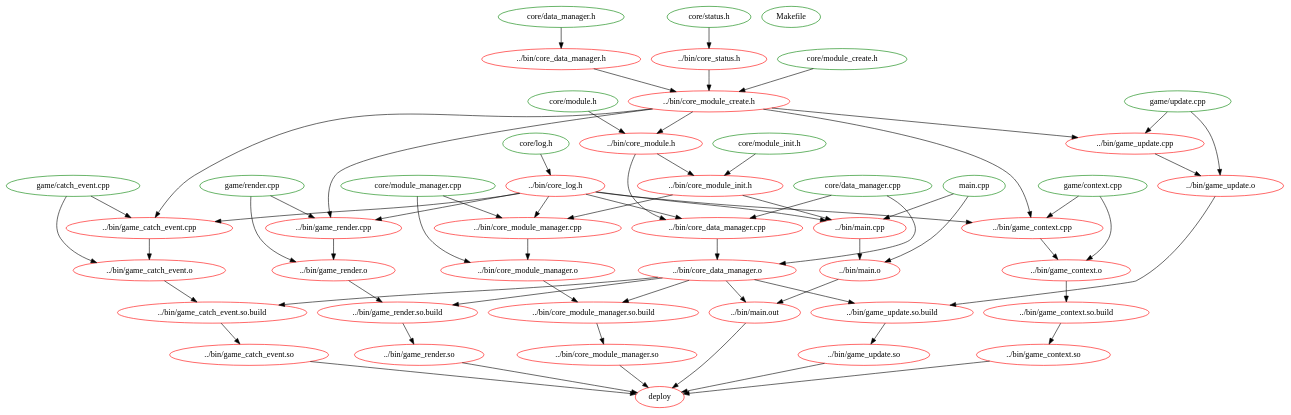
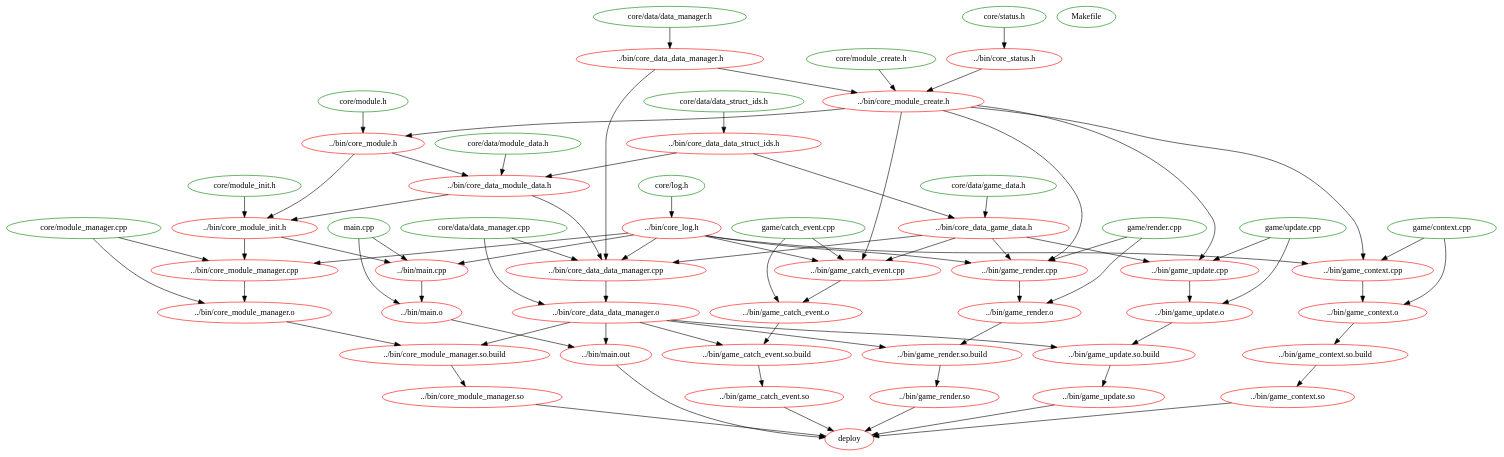
One commit to mtiudaeu/home changed the diagram in fun/05_shared_lib_02/output.dot. Above: the diagram before and after it, drawn with Graphviz. The commit also changed 15 other files, not shown here.

```diff
--- a/fun/05_shared_lib_02/output.dot
+++ b/fun/05_shared_lib_02/output.dot
@@ -1,114 +1,132 @@
 digraph G {
-n22[label="../bin/core_data_manager.cpp", color="red"];
-n18[label="../bin/core_data_manager.h", color="red"];
-n20[label="../bin/core_data_manager.o", color="red"];
+n26[label="../bin/core_data_data_manager.cpp", color="red"];
+n22[label="../bin/core_data_data_manager.h", color="red"];
+n24[label="../bin/core_data_data_manager.o", color="red"];
+n14[label="../bin/core_data_data_struct_ids.h", color="red"];
+n27[label="../bin/core_data_game_data.h", color="red"];
+n12[label="../bin/core_data_module_data.h", color="red"];
 n8[label="../bin/core_log.h", color="red"];
-n12[label="../bin/core_module.h", color="red"];
-n14[label="../bin/core_module_create.h", color="red"];
+n16[label="../bin/core_module.h", color="red"];
+n18[label="../bin/core_module_create.h", color="red"];
 n10[label="../bin/core_module_init.h", color="red"];
-n27[label="../bin/core_module_manager.cpp", color="red"];
-n25[label="../bin/core_module_manager.o", color="red"];
-n23[label="../bin/core_module_manager.so", color="red"];
-n24[label="../bin/core_module_manager.so.build", color="red"];
-n16[label="../bin/core_status.h", color="red"];
-n42[label="../bin/game_catch_event.cpp", color="red"];
-n40[label="../bin/game_catch_event.o", color="red"];
-n38[label="../bin/game_catch_event.so", color="red"];
-n39[label="../bin/game_catch_event.so.build", color="red"];
-n32[label="../bin/game_context.cpp", color="red"];
-n30[label="../bin/game_context.o", color="red"];
-n28[label="../bin/game_context.so", color="red"];
-n29[label="../bin/game_context.so.build", color="red"];
-n37[label="../bin/game_render.cpp", color="red"];
-n35[label="../bin/game_render.o", color="red"];
-n33[label="../bin/game_render.so", color="red"];
-n34[label="../bin/game_render.so.build", color="red"];
-n47[label="../bin/game_update.cpp", color="red"];
-n45[label="../bin/game_update.o", color="red"];
-n43[label="../bin/game_update.so", color="red"];
-n44[label="../bin/game_update.so.build", color="red"];
+n33[label="../bin/core_module_manager.cpp", color="red"];
+n31[label="../bin/core_module_manager.o", color="red"];
+n29[label="../bin/core_module_manager.so", color="red"];
+n30[label="../bin/core_module_manager.so.build", color="red"];
+n20[label="../bin/core_status.h", color="red"];
+n48[label="../bin/game_catch_event.cpp", color="red"];
+n46[label="../bin/game_catch_event.o", color="red"];
+n44[label="../bin/game_catch_event.so", color="red"];
+n45[label="../bin/game_catch_event.so.build", color="red"];
+n38[label="../bin/game_context.cpp", color="red"];
+n36[label="../bin/game_context.o", color="red"];
+n34[label="../bin/game_context.so", color="red"];
+n35[label="../bin/game_context.so.build", color="red"];
+n43[label="../bin/game_render.cpp", color="red"];
+n41[label="../bin/game_render.o", color="red"];
+n39[label="../bin/game_render.so", color="red"];
+n40[label="../bin/game_render.so.build", color="red"];
+n53[label="../bin/game_update.cpp", color="red"];
+n51[label="../bin/game_update.o", color="red"];
+n49[label="../bin/game_update.so", color="red"];
+n50[label="../bin/game_update.so.build", color="red"];
 n7[label="../bin/main.cpp", color="red"];
 n5[label="../bin/main.o", color="red"];
 n4[label="../bin/main.out", color="red"];
 n2[label="Makefile", color="green"];
-n21[label="core/data_manager.cpp", color="green"];
-n19[label="core/data_manager.h", color="green"];
+n25[label="core/data/data_manager.cpp", color="green"];
+n23[label="core/data/data_manager.h", color="green"];
+n15[label="core/data/data_struct_ids.h", color="green"];
+n28[label="core/data/game_data.h", color="green"];
+n13[label="core/data/module_data.h", color="green"];
 n9[label="core/log.h", color="green"];
-n13[label="core/module.h", color="green"];
-n15[label="core/module_create.h", color="green"];
+n17[label="core/module.h", color="green"];
+n19[label="core/module_create.h", color="green"];
 n11[label="core/module_init.h", color="green"];
-n26[label="core/module_manager.cpp", color="green"];
-n17[label="core/status.h", color="green"];
+n32[label="core/module_manager.cpp", color="green"];
+n21[label="core/status.h", color="green"];
 n3[label="deploy", color="red"];
-n41[label="game/catch_event.cpp", color="green"];
-n31[label="game/context.cpp", color="green"];
-n36[label="game/render.cpp", color="green"];
-n46[label="game/update.cpp", color="green"];
+n47[label="game/catch_event.cpp", color="green"];
+n37[label="game/context.cpp", color="green"];
+n42[label="game/render.cpp", color="green"];
+n52[label="game/update.cpp", color="green"];
 n6[label="main.cpp", color="green"];
-n8 -> n22 ; 
-n12 -> n22 ; 
-n21 -> n22 ; 
+n22 -> n26 ; 
+n27 -> n26 ; 
+n12 -> n26 ; 
+n8 -> n26 ; 
+n25 -> n26 ; 
+n23 -> n22 ; 
+n26 -> n24 ; 
+n25 -> n24 ; 
+n15 -> n14 ; 
+n14 -> n27 ; 
+n28 -> n27 ; 
+n14 -> n12 ; 
+n16 -> n12 ; 
+n13 -> n12 ; 
+n9 -> n8 ; 
+n18 -> n16 ; 
+n17 -> n16 ; 
+n22 -> n18 ; 
+n20 -> n18 ; 
 n19 -> n18 ; 
-n22 -> n20 ; 
+n12 -> n10 ; 
+n16 -> n10 ; 
+n11 -> n10 ; 
+n8 -> n33 ; 
+n10 -> n33 ; 
+n32 -> n33 ; 
+n33 -> n31 ; 
+n32 -> n31 ; 
+n30 -> n29 ; 
+n24 -> n30 ; 
+n31 -> n30 ; 
 n21 -> n20 ; 
-n9 -> n8 ; 
-n14 -> n12 ; 
-n13 -> n12 ; 
-n18 -> n14 ; 
-n16 -> n14 ; 
-n15 -> n14 ; 
-n12 -> n10 ; 
-n11 -> n10 ; 
-n8 -> n27 ; 
-n10 -> n27 ; 
-n26 -> n27 ; 
-n27 -> n25 ; 
-n26 -> n25 ; 
-n24 -> n23 ; 
-n20 -> n24 ; 
-n25 -> n24 ; 
-n17 -> n16 ; 
-n8 -> n42 ; 
-n14 -> n42 ; 
-n41 -> n42 ; 
-n42 -> n40 ; 
+n27 -> n48 ; 
+n8 -> n48 ; 
+n18 -> n48 ; 
+n47 -> n48 ; 
+n48 -> n46 ; 
+n47 -> n46 ; 
+n45 -> n44 ; 
+n24 -> n45 ; 
+n46 -> n45 ; 
+n8 -> n38 ; 
+n18 -> n38 ; 
+n37 -> n38 ; 
+n38 -> n36 ; 
+n37 -> n36 ; 
+n35 -> n34 ; 
+n36 -> n35 ; 
+n27 -> n43 ; 
+n8 -> n43 ; 
+n18 -> n43 ; 
+n42 -> n43 ; 
+n43 -> n41 ; 
+n42 -> n41 ; 
+n40 -> n39 ; 
+n24 -> n40 ; 
 n41 -> n40 ; 
-n39 -> n38 ; 
-n20 -> n39 ; 
-n40 -> n39 ; 
-n8 -> n32 ; 
-n14 -> n32 ; 
-n31 -> n32 ; 
-n32 -> n30 ; 
-n31 -> n30 ; 
-n29 -> n28 ; 
-n30 -> n29 ; 
-n8 -> n37 ; 
-n14 -> n37 ; 
-n36 -> n37 ; 
-n37 -> n35 ; 
-n36 -> n35 ; 
-n34 -> n33 ; 
-n20 -> n34 ; 
-n35 -> n34 ; 
-n14 -> n47 ; 
-n46 -> n47 ; 
-n47 -> n45 ; 
-n46 -> n45 ; 
-n44 -> n43 ; 
-n20 -> n44 ; 
-n45 -> n44 ; 
+n27 -> n53 ; 
+n18 -> n53 ; 
+n52 -> n53 ; 
+n53 -> n51 ; 
+n52 -> n51 ; 
+n50 -> n49 ; 
+n24 -> n50 ; 
+n51 -> n50 ; 
 n8 -> n7 ; 
 n10 -> n7 ; 
 n6 -> n7 ; 
 n7 -> n5 ; 
 n6 -> n5 ; 
-n20 -> n4 ; 
+n24 -> n4 ; 
 n5 -> n4 ; 
-n23 -> n3 ; 
-n38 -> n3 ; 
-n28 -> n3 ; 
-n33 -> n3 ; 
-n43 -> n3 ; 
+n29 -> n3 ; 
+n44 -> n3 ; 
+n34 -> n3 ; 
+n39 -> n3 ; 
+n49 -> n3 ; 
 n4 -> n3 ; 
 }
```
